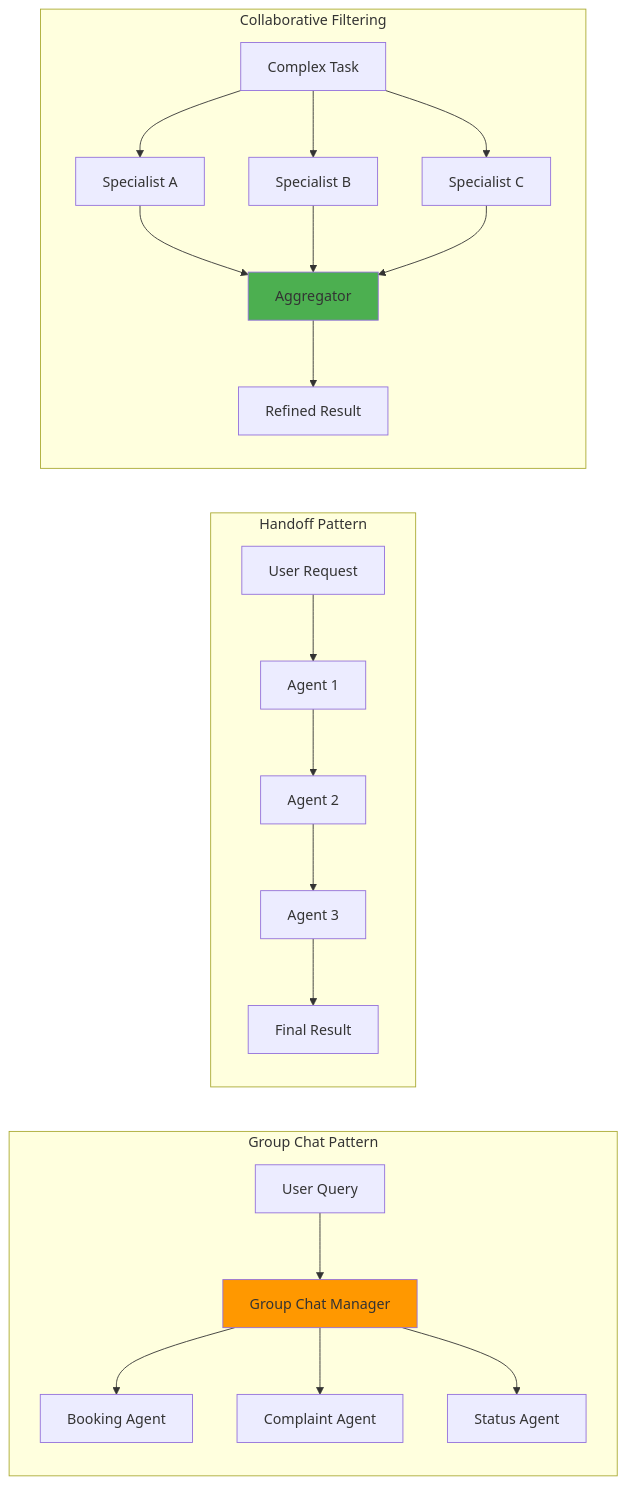
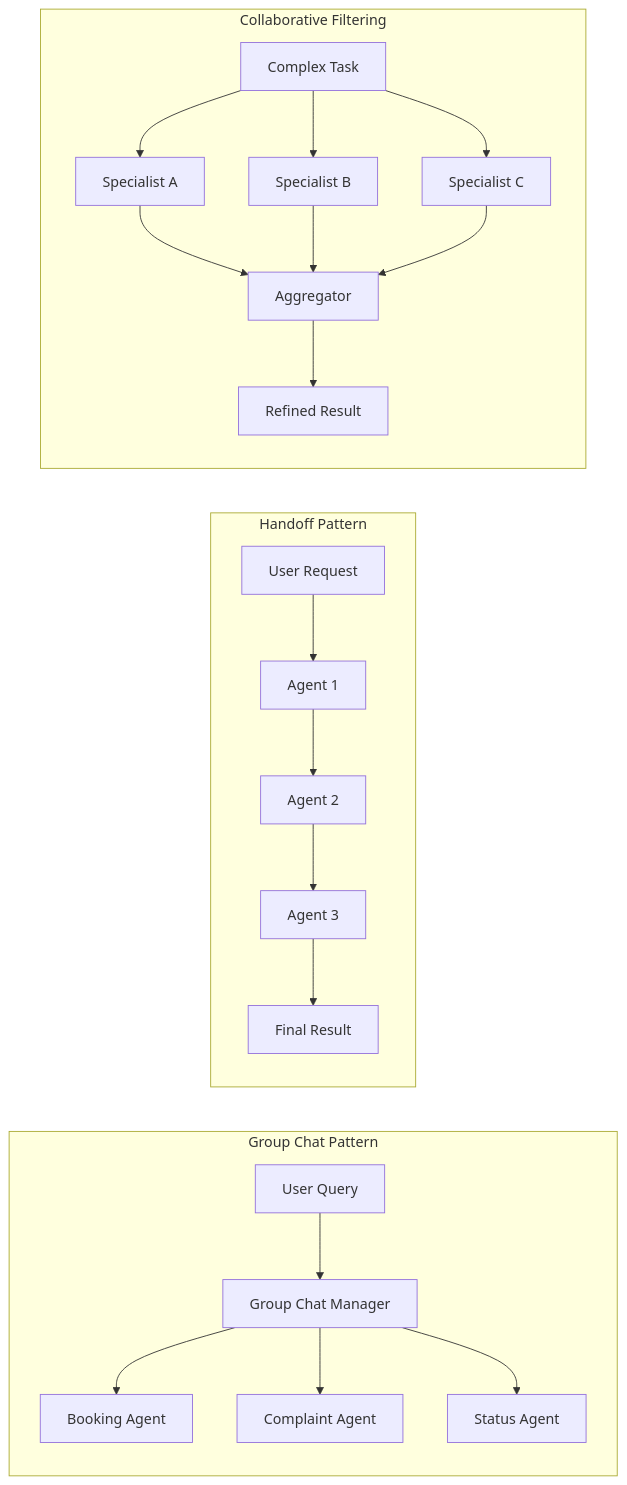
One commit to micromastery/micromastery.github.io changed the third of 5 diagrams in _posts/2025-07-19-understanding-agentic-ai.md. Above: the diagram before and after it, drawn with Mermaid. The commit also changed other lines of this file, not shown here.

Commit message:
Remove unnecessary style definitions from AI agents blog post diagrams

````diff
--- a/_posts/2025-07-19-understanding-agentic-ai.md
+++ b/_posts/2025-07-19-understanding-agentic-ai.md
@@ -136,29 +126,26 @@
 ```mermaid
 graph LR
     subgraph "Group Chat Pattern"
         GM[Group Chat Manager] --> A1[Booking Agent]
         GM --> A2[Complaint Agent]
         GM --> A3[Status Agent]
         U1[User Query] --> GM
     end
     
     subgraph "Handoff Pattern"
         U2[User Request] --> B1[Agent 1]
         B1 --> B2[Agent 2]
         B2 --> B3[Agent 3]
         B3 --> R1[Final Result]
     end
     
     subgraph "Collaborative Filtering"
         U3[Complex Task] --> C1[Specialist A]
         U3 --> C2[Specialist B]
         U3 --> C3[Specialist C]
         C1 --> AG[Aggregator]
         C2 --> AG
         C3 --> AG
         AG --> R2[Refined Result]
     end
-    
-    style GM fill:#ff9800
-    style AG fill:#4caf50
 ```
````
